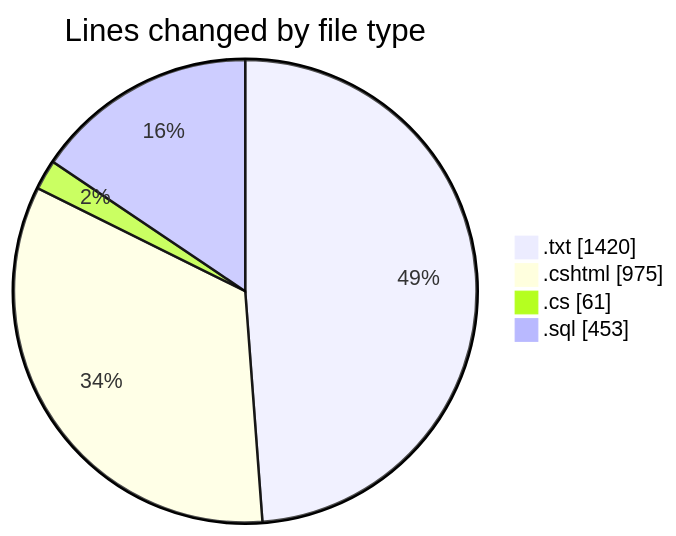
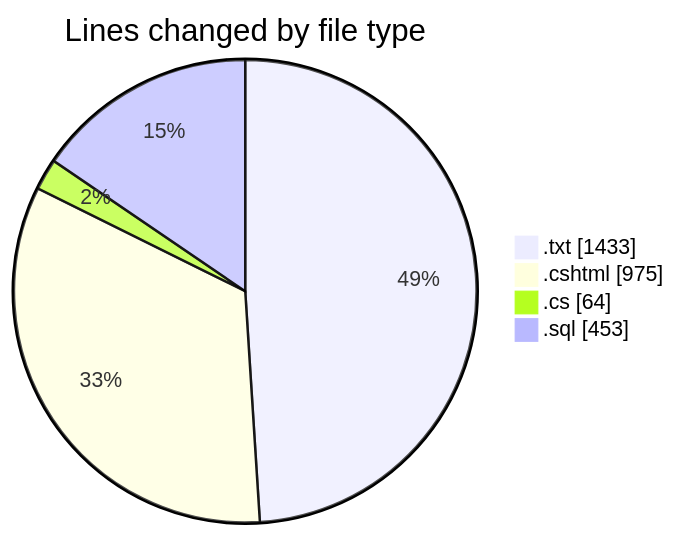
The first of 2 diagrams in 2025-07-25/quanlyrapchieuphim-1/README.md (lephambinh05/code-tracking), drawn with Mermaid before and after one commit. The commit also changed other lines of this file and 1 other file, not shown here.

````diff
--- a/2025-07-25/quanlyrapchieuphim-1/README.md
+++ b/2025-07-25/quanlyrapchieuphim-1/README.md
@@ -24,8 +25,8 @@
 ```mermaid
 pie showData
 title Lines changed by file type
-".txt" : 1420
+".txt" : 1433
 ".cshtml" : 975
-".cs" : 61
+".cs" : 64
 ".sql" : 453
 ```
````
